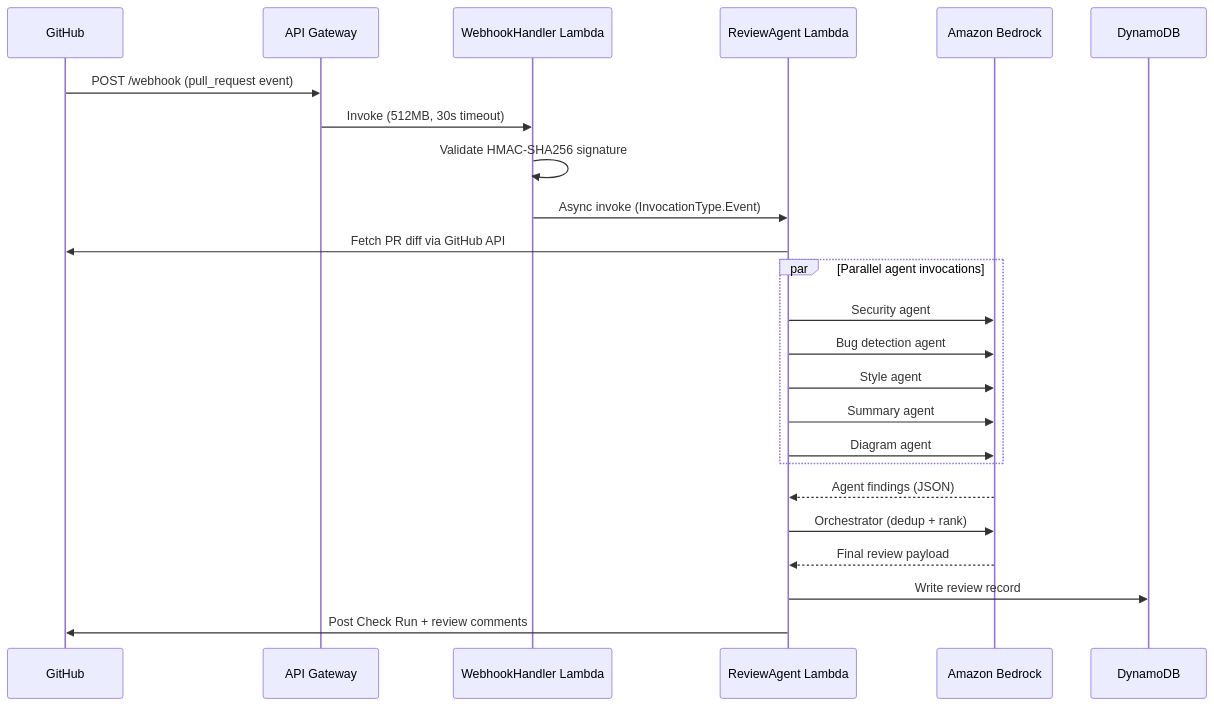
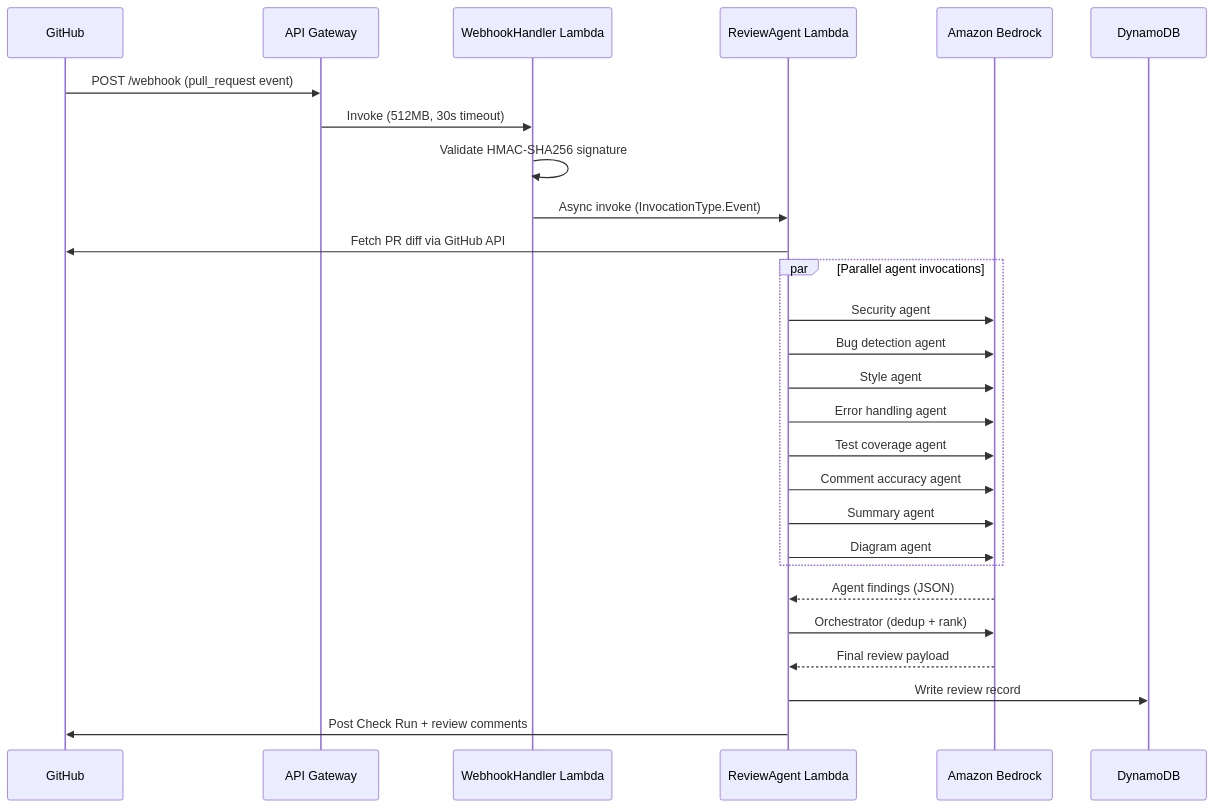
Before and after one commit to santthosh/documentation: the first of 4 diagrams in overview/how-it-works.mdx, drawn with Mermaid. The commit also changed other lines of this file and 5 other files, not shown here.

````diff
--- a/overview/how-it-works.mdx
+++ b/overview/how-it-works.mdx
@@ -18,27 +18,30 @@
 ```mermaid
 sequenceDiagram
     participant GH as GitHub
     participant AG as API Gateway
     participant WH as WebhookHandler Lambda
     participant RA as ReviewAgent Lambda
     participant BR as Amazon Bedrock
     participant DB as DynamoDB
 
     GH->>AG: POST /webhook (pull_request event)
     AG->>WH: Invoke (512MB, 30s timeout)
     WH->>WH: Validate HMAC-SHA256 signature
     WH->>RA: Async invoke (InvocationType.Event)
     RA->>GH: Fetch PR diff via GitHub API
     par Parallel agent invocations
         RA->>BR: Security agent
         RA->>BR: Bug detection agent
         RA->>BR: Style agent
+        RA->>BR: Error handling agent
+        RA->>BR: Test coverage agent
+        RA->>BR: Comment accuracy agent
         RA->>BR: Summary agent
         RA->>BR: Diagram agent
     end
     BR-->>RA: Agent findings (JSON)
     RA->>BR: Orchestrator (dedup + rank)
     BR-->>RA: Final review payload
     RA->>DB: Write review record
     RA->>GH: Post Check Run + review comments
 ```
````
